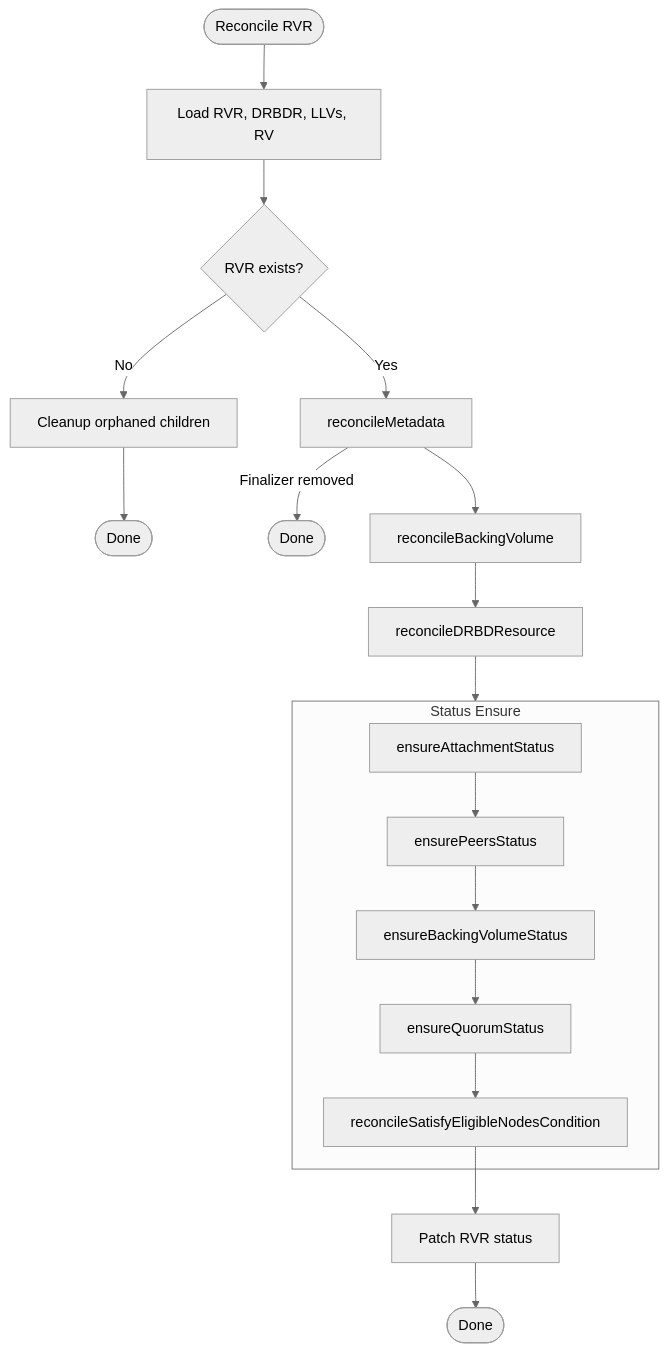
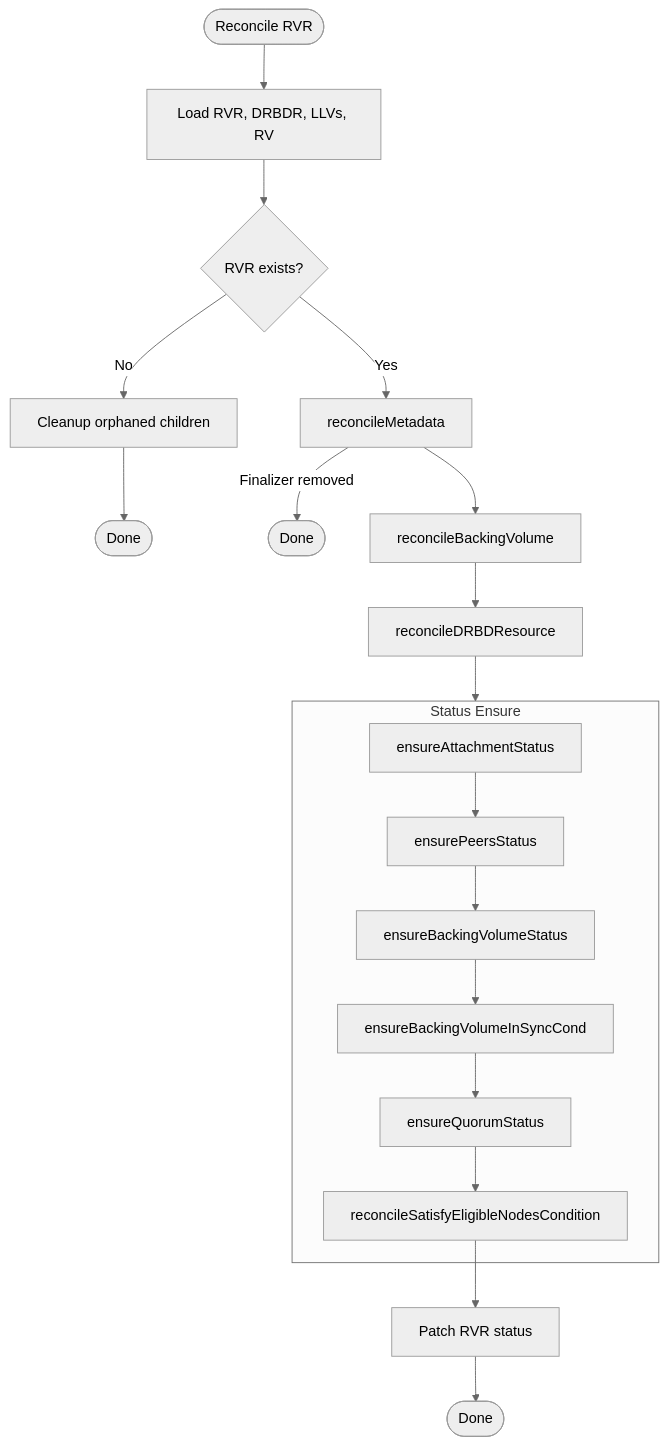
Before and after one commit to deckhouse/sds-replicated-volume: the first of 10 diagrams in images/controller/internal/controllers/rvr_controller/README.md, drawn with Mermaid (neutral theme). The commit also changed other lines of this file and 7 other files, not shown here.

First line of the commit message:
[rvr-controller] Add actual backing volume metadata to RVR status

````diff
--- a/images/controller/internal/controllers/rvr_controller/README.md
+++ b/images/controller/internal/controllers/rvr_controller/README.md
@@ -115,26 +116,27 @@
 ```mermaid
 flowchart TD
     Start([Reconcile RVR]) --> Load[Load RVR, DRBDR, LLVs, RV]
     Load --> CheckExists{RVR exists?}
 
     CheckExists -->|No| Cleanup[Cleanup orphaned children]
     Cleanup --> Done1([Done])
 
     CheckExists -->|Yes| Meta[reconcileMetadata]
     Meta -->|Finalizer removed| Done2([Done])
     Meta --> BV[reconcileBackingVolume]
     BV --> DRBDR[reconcileDRBDResource]
 
     DRBDR --> StatusBlock
 
     subgraph StatusBlock [Status Ensure]
         Attach[ensureAttachmentStatus]
         Attach --> Peers[ensurePeersStatus]
         Peers --> BVStatus[ensureBackingVolumeStatus]
-        BVStatus --> Quorum[ensureQuorumStatus]
+        BVStatus --> BVInSync[ensureBackingVolumeInSyncCond]
+        BVInSync --> Quorum[ensureQuorumStatus]
         Quorum --> SEN[reconcileSatisfyEligibleNodesCondition]
     end
 
     SEN --> Patch[Patch RVR status]
     Patch --> EndNode([Done])
 ```
````
